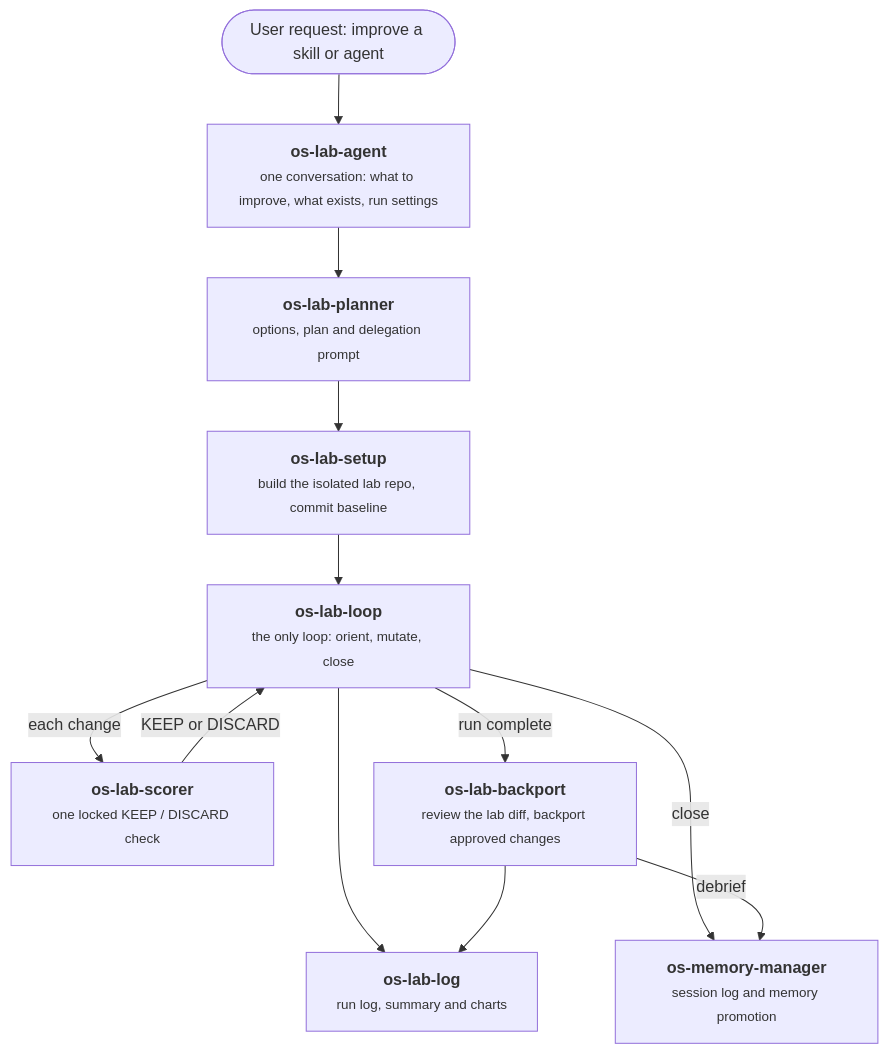
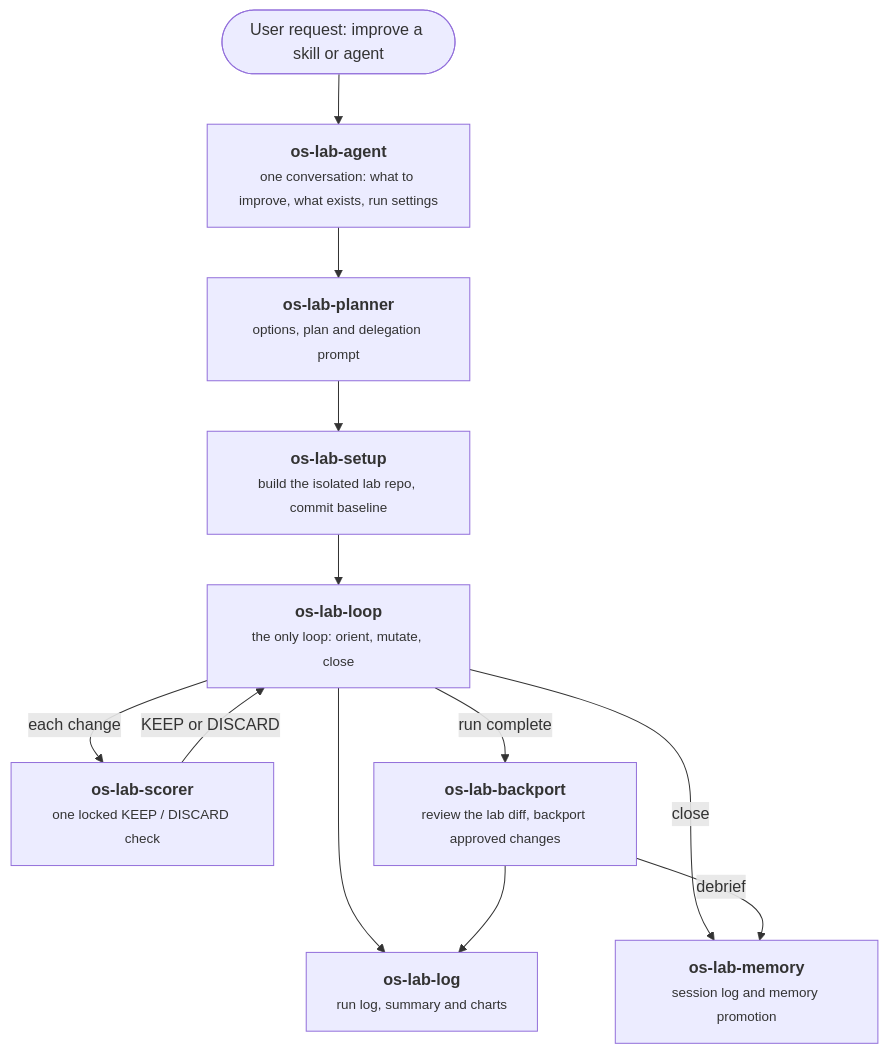
The second of 2 diagrams in plugins/agent-agentic-os/references/agentic-os-skill-map.md (richfrem/agent-plugins-skills), drawn with Mermaid before and after one commit. The commit also changed other lines of this file and 532 other files, not shown here.

````diff
--- a/plugins/agent-agentic-os/references/agentic-os-skill-map.md
+++ b/plugins/agent-agentic-os/references/agentic-os-skill-map.md
@@ -123,15 +110,15 @@
 ```mermaid
 flowchart TD
     U([User request: improve a skill or agent]) --> AG
     AG["<b>os-lab-agent</b><br/><small>one conversation: what to improve, what exists, run settings</small>"]
     AG --> PL["<b>os-lab-planner</b><br/><small>options, plan and delegation prompt</small>"]
     PL --> SU["<b>os-lab-setup</b><br/><small>build the isolated lab repo, commit baseline</small>"]
     SU --> LP["<b>os-lab-loop</b><br/><small>the only loop: orient, mutate, close</small>"]
     LP -->|each change| SC["<b>os-lab-scorer</b><br/><small>one locked KEEP / DISCARD check</small>"]
     SC -->|KEEP or DISCARD| LP
     LP -->|run complete| BP["<b>os-lab-backport</b><br/><small>review the lab diff, backport approved changes</small>"]
     LP --> LG["<b>os-lab-log</b><br/><small>run log, summary and charts</small>"]
     BP --> LG
-    LP -->|close| MM["<b>os-memory-manager</b><br/><small>session log and memory promotion</small>"]
+    LP -->|close| MM["<b>os-lab-memory</b><br/><small>session log and memory promotion</small>"]
     BP -->|debrief| MM
 ```
````
